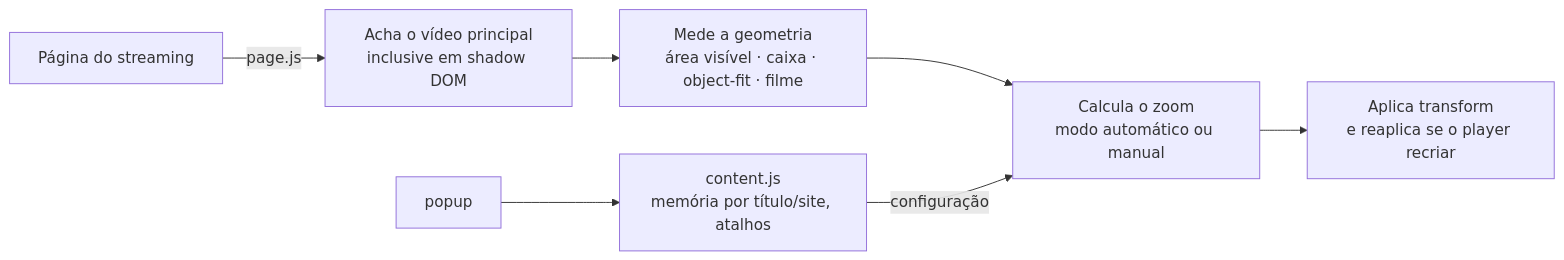
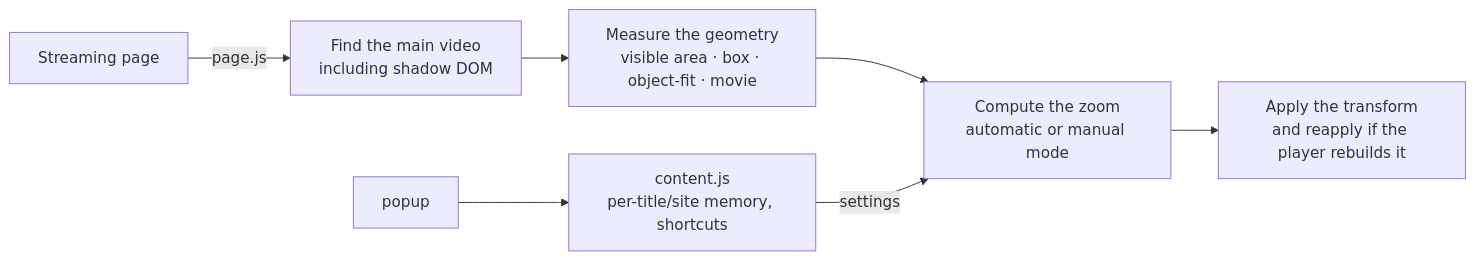
One commit to Pedroooxx/zoomorph changed the diagram in README.md. Above: the diagram before and after it, drawn with Mermaid. The commit also changed other lines of this file and 8 other files, not shown here.

````diff
--- a/README.md
+++ b/README.md
@@ -164,9 +168,9 @@
 ```mermaid
 flowchart LR
-  A[Página do streaming] -->|page.js| B[Acha o vídeo principal<br/>inclusive em shadow DOM]
-  B --> C[Mede a geometria<br/>área visível · caixa · object-fit · filme]
-  C --> D[Calcula o zoom<br/>modo automático ou manual]
-  D --> E[Aplica transform<br/>e reaplica se o player recriar]
-  F[content.js<br/>memória por título/site, atalhos] -->|configuração| D
+  A[Streaming page] -->|page.js| B[Find the main video<br/>including shadow DOM]
+  B --> C[Measure the geometry<br/>visible area · box · object-fit · movie]
+  C --> D[Compute the zoom<br/>automatic or manual mode]
+  D --> E[Apply the transform<br/>and reapply if the player rebuilds it]
+  F[content.js<br/>per-title/site memory, shortcuts] -->|settings| D
   G[popup] --> F
 ```
````
